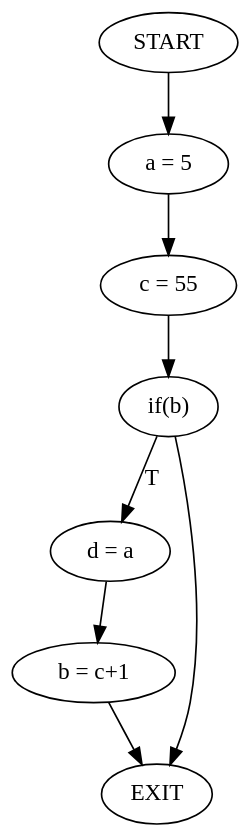
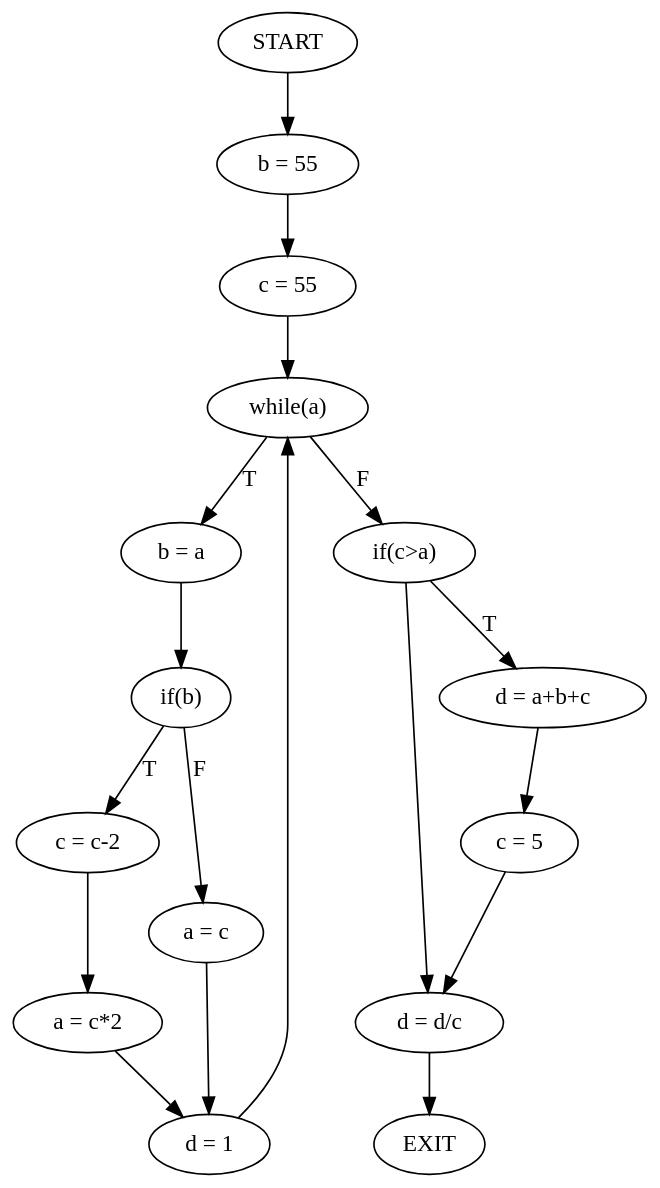
Before and after one commit to MiguelCosta/EngenhariaDeLinguagens: the diagram in ATS/Fichas/Cmb/Gramatica/output/cfg.gv, drawn with Graphviz. The commit also changed 6 other files, not shown here.

```diff
--- a/ATS/Fichas/Cmb/Gramatica/output/cfg.gv
+++ b/ATS/Fichas/Cmb/Gramatica/output/cfg.gv
@@ -1,10 +1,20 @@
 digraph mainmap {
 graph [bgcolor=transparent];
-"START" -> "a = 5";
-	"a = 5" -> "c = 55";
-	"c = 55" -> "if(b)";
-	"if(b)" -> "d = a"[label="T"];
-	"if(b)" -> "EXIT";
-	"d = a" -> "b = c+1";
-	"b = c+1" -> "EXIT";
+"START" -> "b = 55";
+	"b = 55" -> "c = 55";
+	"c = 55" -> "while(a)";
+	"while(a)" -> "b = a"[label="T"];
+	"while(a)" -> "if(c>a)"[label="F"];
+	"b = a" -> "if(b)";
+	"if(b)" -> "c = c-2"[label="T"];
+	"if(b)" -> "a = c"[label="F"];
+	"c = c-2" -> "a = c*2";
+	"a = c*2" -> "d = 1";
+	"a = c" -> "d = 1";
+	"d = 1" -> "while(a)";
+	"if(c>a)" -> "d = a+b+c"[label="T"];
+	"if(c>a)" -> "d = d/c";
+	"d = a+b+c" -> "c = 5";
+	"c = 5" -> "d = d/c";
+	"d = d/c" -> "EXIT";
 	}
```
